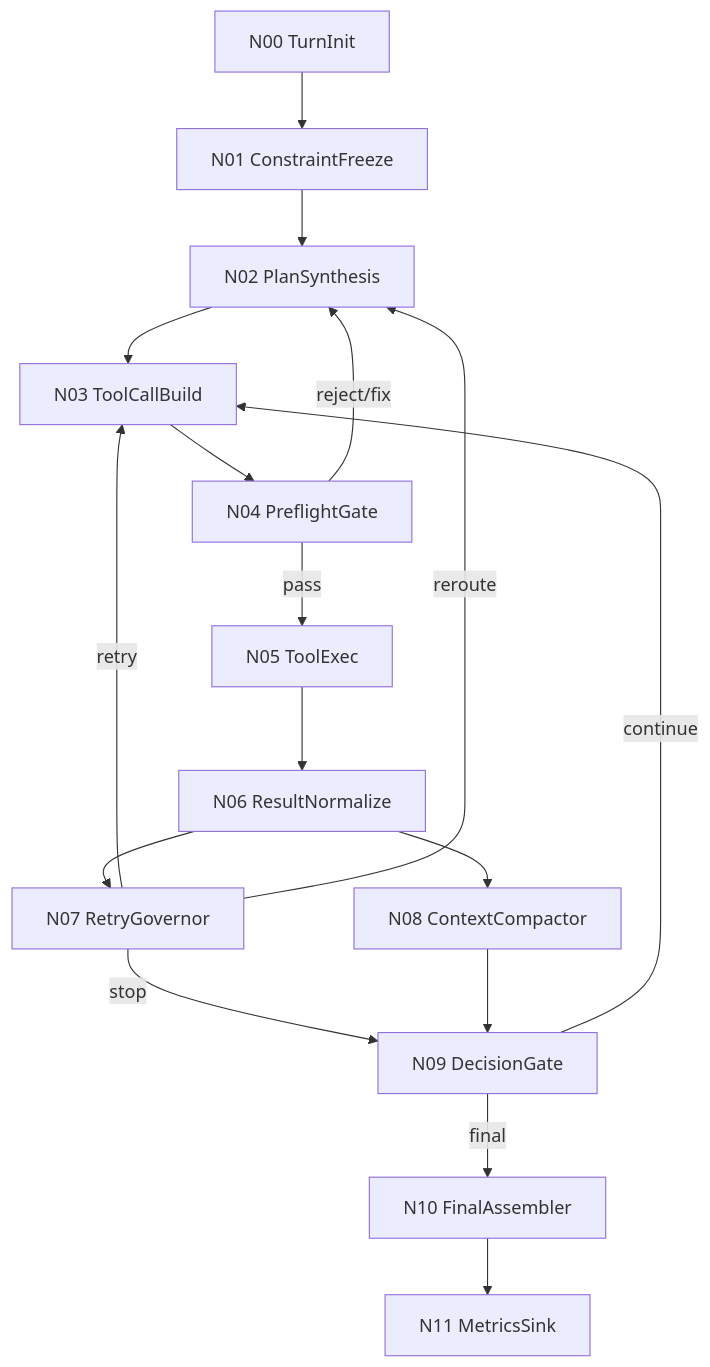
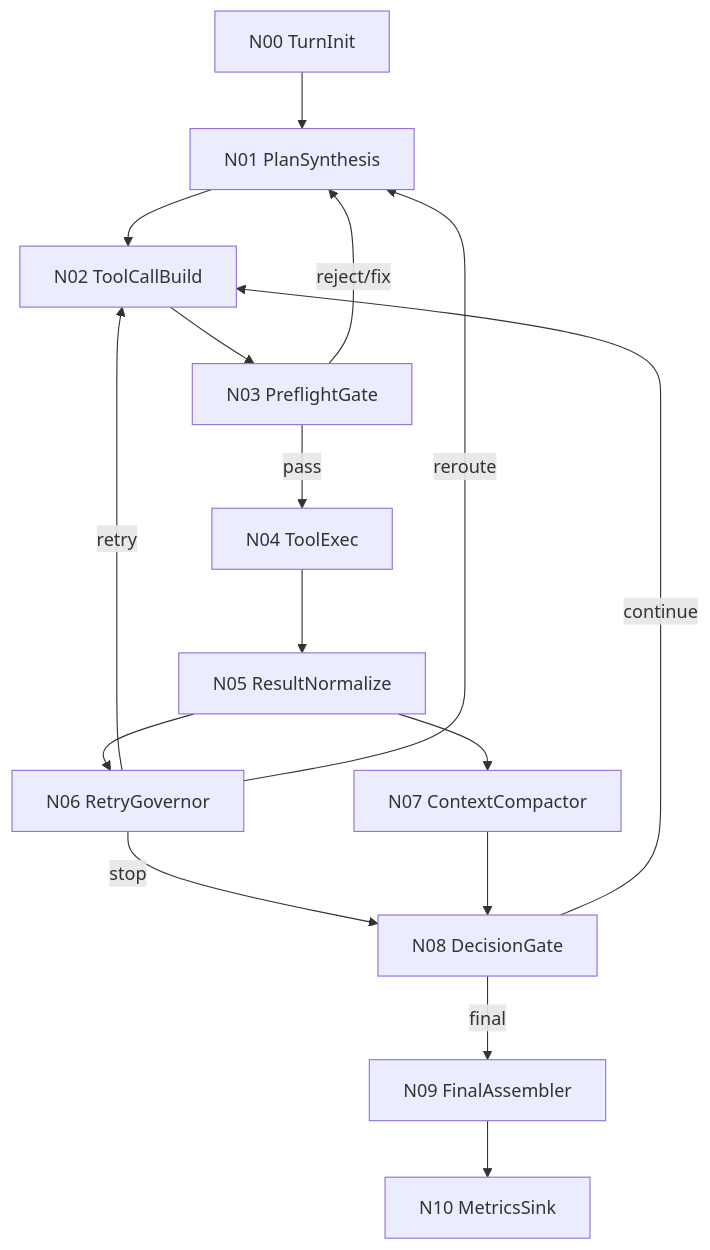
Before and after one commit to ylsdamxssjxxdd/wunder: the diagram in docs/方案/wunder智能体工作流优化方案1.md, drawn with Mermaid. The commit also changed other lines of this file and 18 other files, not shown here.

````diff
--- a/docs/方案/wunder智能体工作流优化方案1.md
+++ b/docs/方案/wunder智能体工作流优化方案1.md
@@ -39,19 +37,18 @@
 ```mermaid
 flowchart TD
-  A[N00 TurnInit] --> B[N01 ConstraintFreeze]
-  B --> C[N02 PlanSynthesis]
-  C --> D[N03 ToolCallBuild]
-  D --> E[N04 PreflightGate]
-  E -->|pass| F[N05 ToolExec]
-  E -->|reject/fix| C
-  F --> G[N06 ResultNormalize]
-  G --> H[N07 RetryGovernor]
-  H -->|retry| D
-  H -->|reroute| C
-  H -->|stop| I[N09 DecisionGate]
-  G --> J[N08 ContextCompactor]
-  J --> I
-  I -->|continue| D
-  I -->|final| K[N10 FinalAssembler]
-  K --> L[N11 MetricsSink]
+  A[N00 TurnInit] --> B[N01 PlanSynthesis]
+  B --> C[N02 ToolCallBuild]
+  C --> D[N03 PreflightGate]
+  D -->|pass| E[N04 ToolExec]
+  D -->|reject/fix| B
+  E --> F[N05 ResultNormalize]
+  F --> G[N06 RetryGovernor]
+  G -->|retry| C
+  G -->|reroute| B
+  G -->|stop| H[N08 DecisionGate]
+  F --> I[N07 ContextCompactor]
+  I --> H
+  H -->|continue| C
+  H -->|final| J[N09 FinalAssembler]
+  J --> K[N10 MetricsSink]
 ```
````
